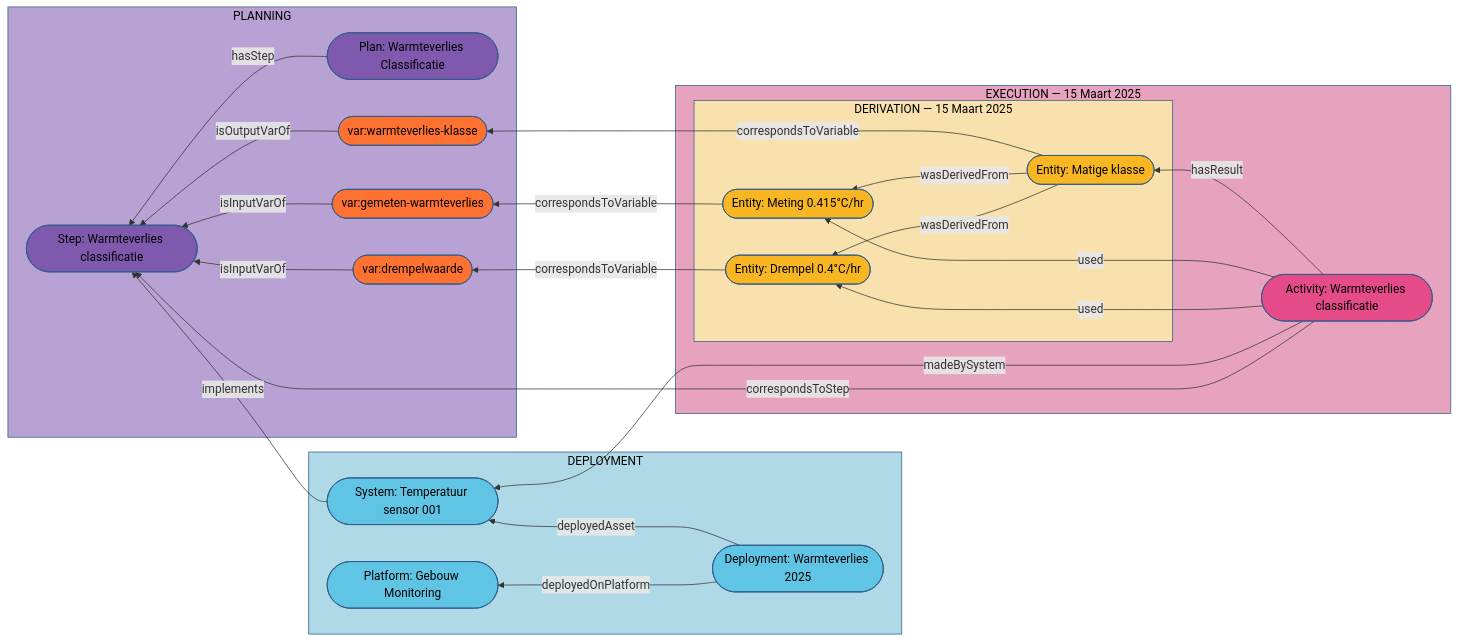
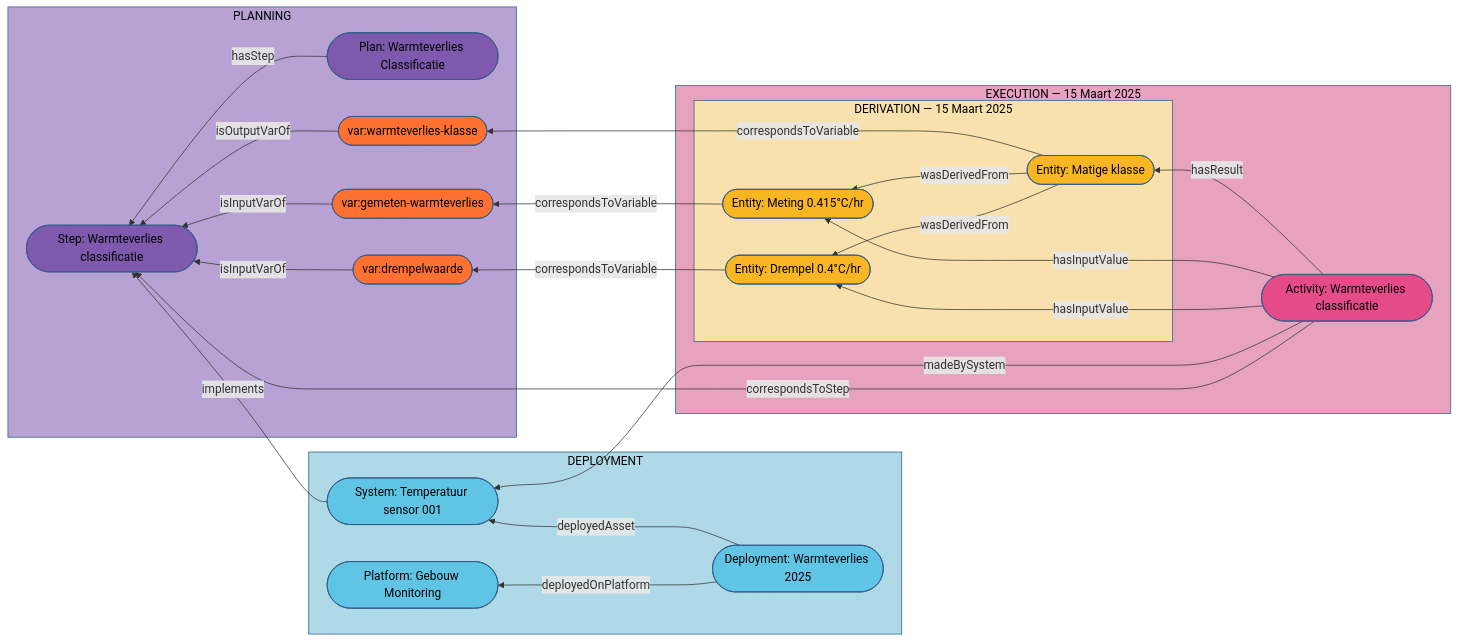
One commit to Informatievlaanderen/OSLOthema-SSNSOSA-VL changed the diagram in src/main/input/EnergieManagementSystem/DatavoorbeeldIsolatieadvies/DatavoorbeeldIsolatieadvies_herzien.mmd. Above: the diagram before and after it, drawn with Mermaid. The commit also changed 77 other files, not shown here.

```diff
--- a/src/main/input/EnergieManagementSystem/DatavoorbeeldIsolatieadvies/DatavoorbeeldIsolatieadvies_herzien.mmd
+++ b/src/main/input/EnergieManagementSystem/DatavoorbeeldIsolatieadvies/DatavoorbeeldIsolatieadvies_herzien.mmd
@@ -1,87 +1,87 @@
 flowchart RL
 
 %% =====================================================
 %% PLANNING
 %% =====================================================
     subgraph PLANNING["PLANNING"]
         PLAN0([Plan: Warmteverlies Classificatie])
 
         STEP_classificatie([Step: Warmteverlies classificatie])
 
         V_drempel([var:drempelwaarde])
         V_meting([var:gemeten-warmteverlies])
         V_klasse([var:warmteverlies-klasse])
     end
 
     style PLANNING fill:#b8a2d4,stroke:#2E5C8A,color:#000
     style PLAN0 fill:#7f59ae,stroke:#2E5C8A,color:#000
     style STEP_classificatie fill:#7f59ae,stroke:#2E5C8A,color:#000
 
     style V_drempel fill:#fe7130,stroke:#2E5C8A,color:#000
     style V_meting fill:#fe7130,stroke:#2E5C8A,color:#000
     style V_klasse fill:#fe7130,stroke:#2E5C8A,color:#000
 
 %% Plan structuur
     PLAN0 -->|hasStep| STEP_classificatie
 
     V_drempel -->|isInputVarOf| STEP_classificatie
     V_meting -->|isInputVarOf| STEP_classificatie
     V_klasse -->|isOutputVarOf| STEP_classificatie
 
 %% =====================================================
 %% DEPLOYMENT
 %% =====================================================
     subgraph DEPLOYMENT["DEPLOYMENT"]
         Platform([Platform: Gebouw Monitoring])
         Deployment([Deployment: Warmteverlies 2025])
 
         SYS_sensor([System: Temperatuur sensor 001])
     end
 
     style DEPLOYMENT fill:#b0d9e7,stroke:#2E5C8A,color:#000
     style Platform fill:#60c4e4,stroke:#2E5C8A,color:#000
     style Deployment fill:#60c4e4,stroke:#2E5C8A,color:#000
     style SYS_sensor fill:#60c4e4,stroke:#2E5C8A,color:#000
 
     Deployment -->|deployedOnPlatform| Platform
     Deployment -->|deployedAsset| SYS_sensor
 
     SYS_sensor -->|implements| STEP_classificatie
 
 %% =====================================================
 %% EXECUTION
 %% =====================================================
     subgraph EXECUTION["EXECUTION — 15 Maart 2025"]
         Activity_classificatie([Activity: Warmteverlies classificatie])
 
         subgraph DERIVATION["DERIVATION — 15 Maart 2025"]
             I_drempel([Entity: Drempel 0.4°C/hr])
             I_meting([Entity: Meting 0.415°C/hr])
             R_klasse([Entity: Matige klasse])
         end
     end
 
     style DERIVATION fill:#f8e1ad,stroke:#2E5C8A,color:#000
     style EXECUTION fill:#e7a3be,stroke:#2E5C8A,color:#000
     style Activity_classificatie fill:#e54b89,stroke:#2E5C8A,color:#000
 
     style I_drempel fill:#f8b622,stroke:#2E5C8A,color:#000
     style I_meting fill:#f8b622,stroke:#2E5C8A,color:#000
     style R_klasse fill:#f8b622,stroke:#2E5C8A,color:#000
 
 %% Activity relaties
     Activity_classificatie -->|correspondsToStep| STEP_classificatie
     Activity_classificatie -->|madeBySystem| SYS_sensor
 
-    Activity_classificatie -->|used| I_drempel
-    Activity_classificatie -->|used| I_meting
+    Activity_classificatie -->|hasInputValue| I_drempel
+    Activity_classificatie -->|hasInputValue| I_meting
     Activity_classificatie -->|hasResult| R_klasse
 
 %% Derivatie
     R_klasse -->|wasDerivedFrom| I_drempel
     R_klasse -->|wasDerivedFrom| I_meting
 
 %% Entity ↔ Variable
     I_drempel -->|correspondsToVariable| V_drempel
     I_meting -->|correspondsToVariable| V_meting
     R_klasse -->|correspondsToVariable| V_klasse
```
